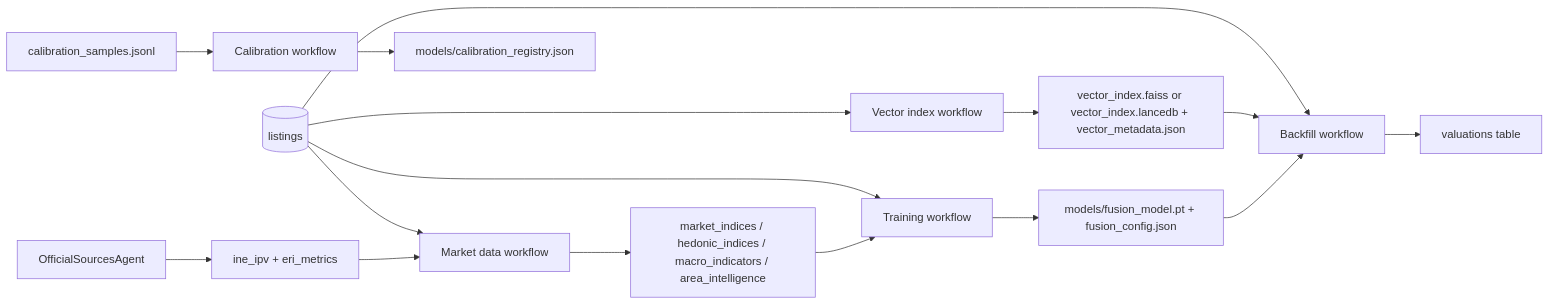
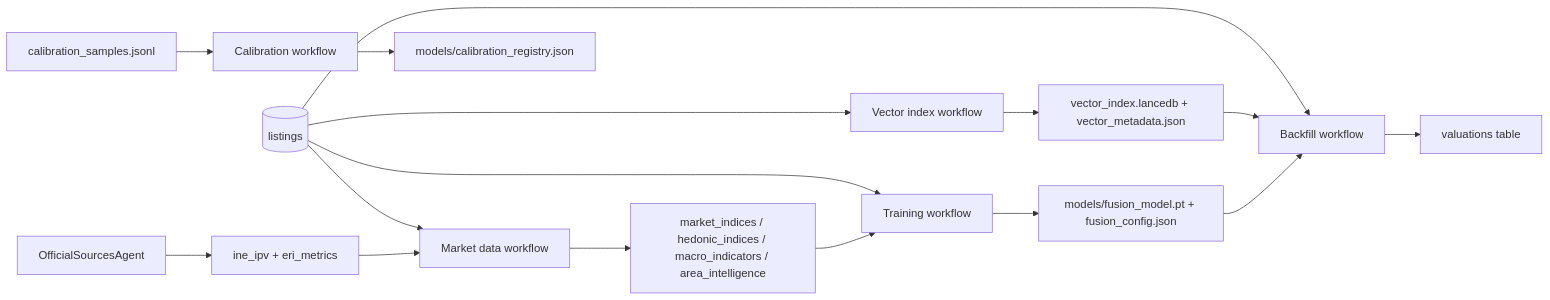
The third of 4 diagrams in docs/02_data_pipeline.md (Nirtzur0/PropertyScanner), drawn with Mermaid before and after one commit. The commit also changed other lines of this file and 56 other files, not shown here.

````diff
--- a/docs/02_data_pipeline.md
+++ b/docs/02_data_pipeline.md
@@ -62,22 +61,22 @@
 ```mermaid
 flowchart LR
     Listings[("listings")] --> MarketData["Market data workflow"]
     MarketData --> MarketTables["market_indices / hedonic_indices / macro_indicators / area_intelligence"]
 
     Gov["OfficialSourcesAgent"] --> GovData["ine_ipv + eri_metrics"] --> MarketData
 
     Listings --> Index["Vector index workflow"]
-    Index --> VectorIndex["vector_index.faiss or vector_index.lancedb + vector_metadata.json"]
+    Index --> VectorIndex["vector_index.lancedb + vector_metadata.json"]
 
     Listings --> Train["Training workflow"]
     MarketTables --> Train
     Train --> ModelArtifacts["models/fusion_model.pt + fusion_config.json"]
 
     Listings --> Backfill["Backfill workflow"]
     VectorIndex --> Backfill
     ModelArtifacts --> Backfill
     Backfill --> Val["valuations table"]
 
     CalibSamples["calibration_samples.jsonl"] --> CalibUpdate["Calibration workflow"]
     CalibUpdate --> Calib["models/calibration_registry.json"]
 ```
````
